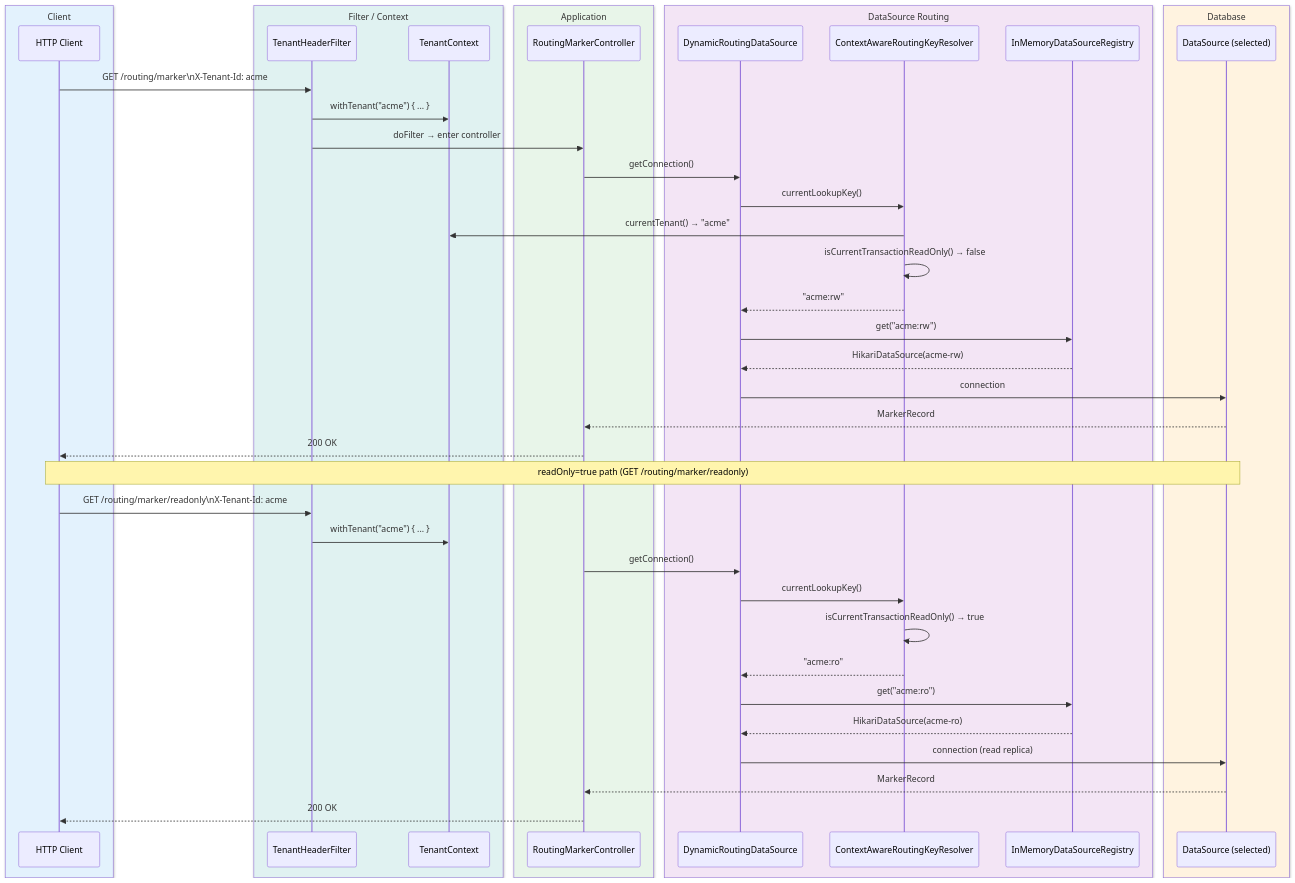
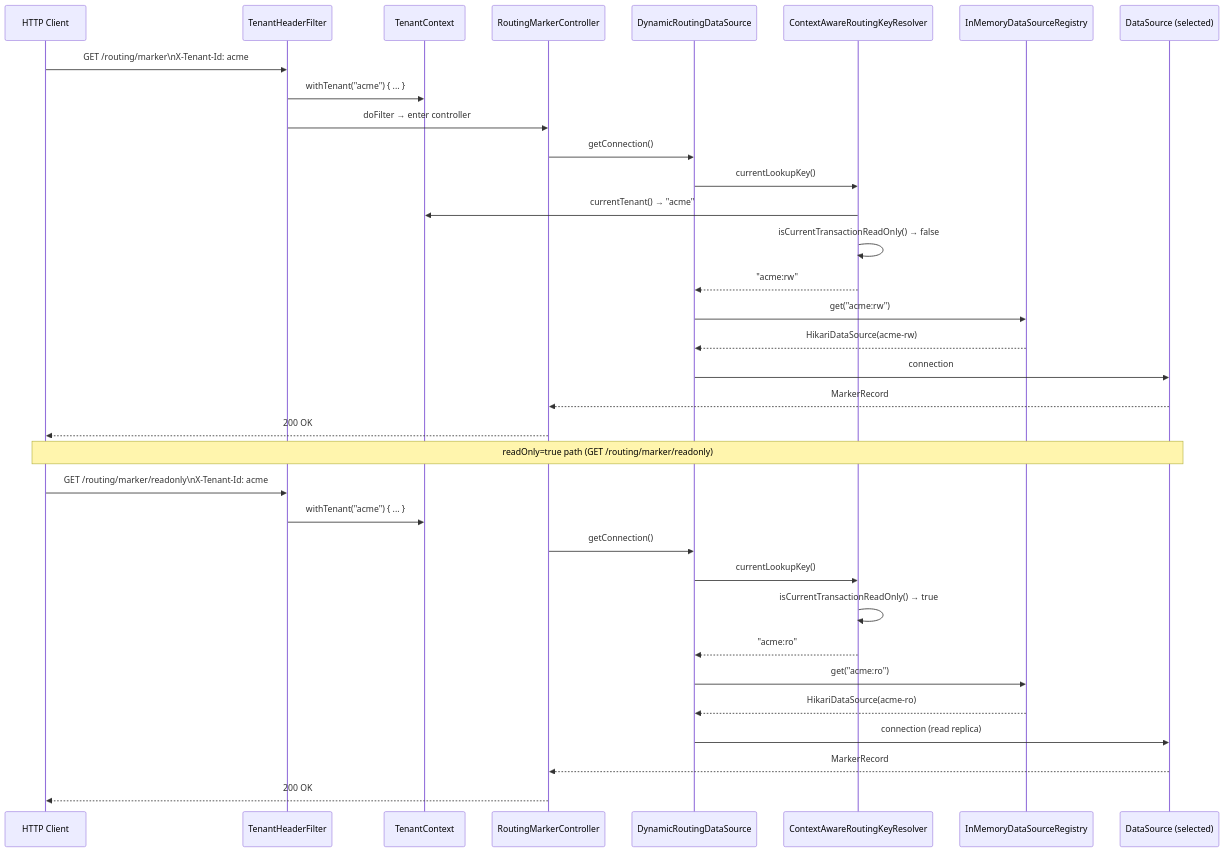
Before and after one commit to bluetape4k/exposed-workshop: the third of 3 diagrams in 11-high-performance/03-routing-datasource/README.md, drawn with Mermaid. The commit also changed 42 other files, not shown here.

First line of the commit message:
docs: sequence diagram에서 box rgb() 제거 (option 1 - GitHub dark mode 기본 렌더링 사용)

````diff
--- a/11-high-performance/03-routing-datasource/README.md
+++ b/11-high-performance/03-routing-datasource/README.md
@@ -157,47 +157,37 @@
 ```mermaid
 %%{init: {"theme": "neutral", "themeVariables": {"fontFamily": "'Comic Mono', 'goorm sans code', 'JetBrains Mono', 'goorm sans'"}}}%%
 sequenceDiagram
-    box rgb(227, 242, 253) Client
-        participant C as HTTP Client
-    end
-    box rgb(224, 242, 241) Filter / Context
-        participant F as TenantHeaderFilter
-        participant TC as TenantContext
-    end
-    box rgb(232, 245, 233) Application
-        participant Ctrl as RoutingMarkerController
-    end
-    box rgb(243, 229, 245) DataSource Routing
-        participant DS as DynamicRoutingDataSource
-        participant KR as ContextAwareRoutingKeyResolver
-        participant Reg as InMemoryDataSourceRegistry
-    end
-    box rgb(255, 243, 224) Database
-        participant DB as DataSource (selected)
-    end
+    participant C as HTTP Client
+    participant F as TenantHeaderFilter
+    participant TC as TenantContext
+    participant Ctrl as RoutingMarkerController
+    participant DS as DynamicRoutingDataSource
+    participant KR as ContextAwareRoutingKeyResolver
+    participant Reg as InMemoryDataSourceRegistry
+    participant DB as DataSource (selected)
     C ->> F: GET /routing/marker\nX-Tenant-Id: acme
     F ->> TC: withTenant("acme") { ... }
     F ->> Ctrl: doFilter → enter controller
     Ctrl ->> DS: getConnection()
     DS ->> KR: currentLookupKey()
     KR ->> TC: currentTenant() → "acme"
     KR ->> KR: isCurrentTransactionReadOnly() → false
     KR -->> DS: "acme:rw"
     DS ->> Reg: get("acme:rw")
     Reg -->> DS: HikariDataSource(acme-rw)
     DS ->> DB: connection
     DB -->> Ctrl: MarkerRecord
     Ctrl -->> C: 200 OK
     Note over C, DB: readOnly=true path (GET /routing/marker/readonly)
     C ->> F: GET /routing/marker/readonly\nX-Tenant-Id: acme
     F ->> TC: withTenant("acme") { ... }
     Ctrl ->> DS: getConnection()
     DS ->> KR: currentLookupKey()
     KR ->> KR: isCurrentTransactionReadOnly() → true
     KR -->> DS: "acme:ro"
     DS ->> Reg: get("acme:ro")
     Reg -->> DS: HikariDataSource(acme-ro)
     DS ->> DB: connection (read replica)
     DB -->> Ctrl: MarkerRecord
     Ctrl -->> C: 200 OK
 ```
````
